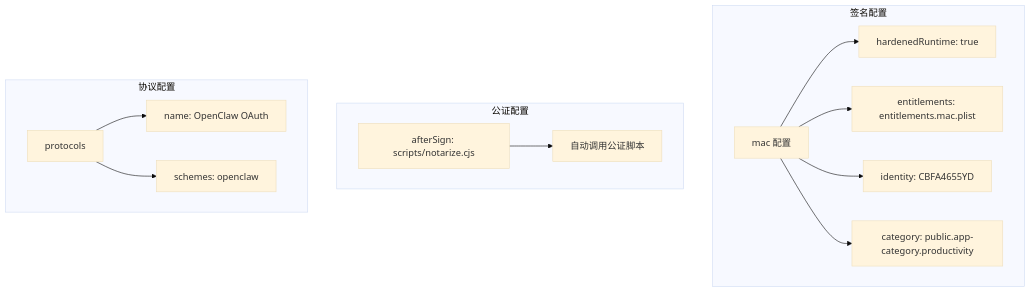
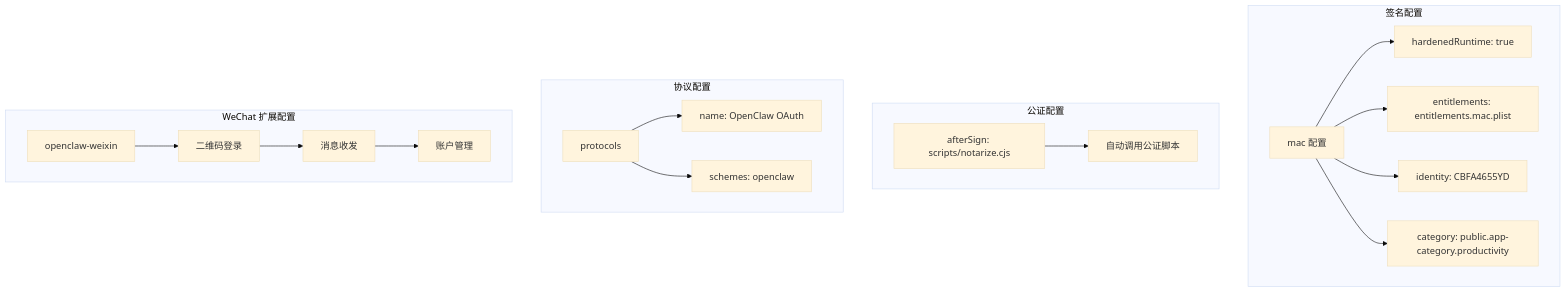
One commit to verse-ai-org/openclaw changed diagram 17 of 22 in .qoder/repowiki/zh/content/Electron Packaging Configuration.md. Above: the diagram before and after it, drawn with Mermaid (base theme). The commit also changed other lines of this file and 23 other files, not shown here.

````diff
--- a/.qoder/repowiki/zh/content/Electron Packaging Configuration.md
+++ b/.qoder/repowiki/zh/content/Electron Packaging Configuration.md
@@ -815,16 +927,21 @@
 ```mermaid
 graph TB
 subgraph "签名配置"
 A[mac 配置] --> B[hardenedRuntime: true]
 A --> C[entitlements: entitlements.mac.plist]
 A --> D[identity: CBFA4655YD]
 A --> E[category: public.app-category.productivity]
 end
 subgraph "公证配置"
 F[afterSign: scripts/notarize.cjs] --> G[自动调用公证脚本]
 end
 subgraph "协议配置"
 H[protocols] --> I[name: OpenClaw OAuth]
 H --> J[schemes: openclaw]
 end
+subgraph "WeChat 扩展配置"
+K[openclaw-weixin] --> L[二维码登录]
+L --> M[消息收发]
+M --> N[账户管理]
+end
 ```
````
